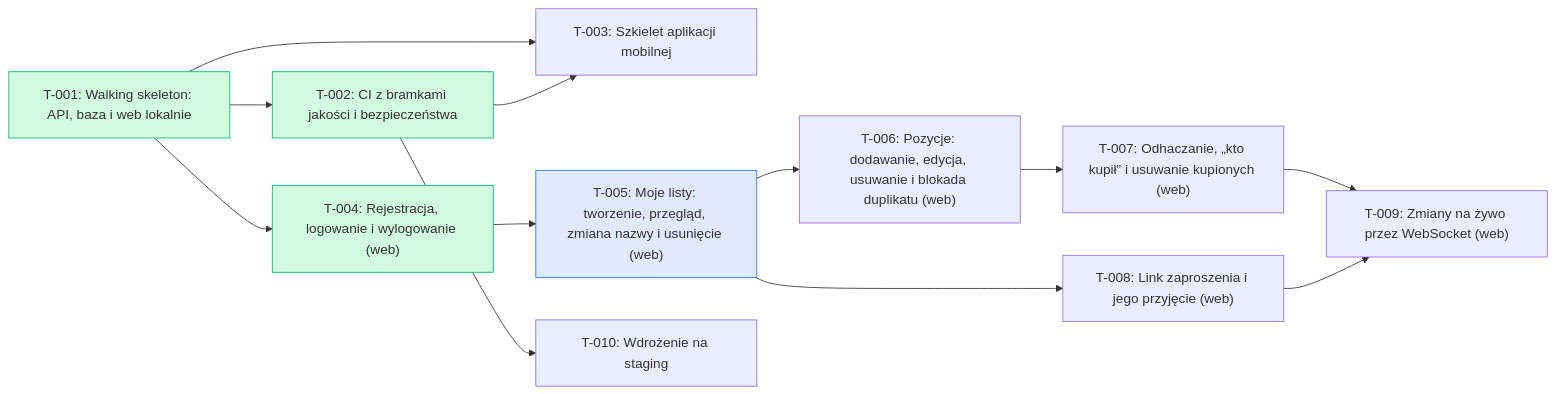
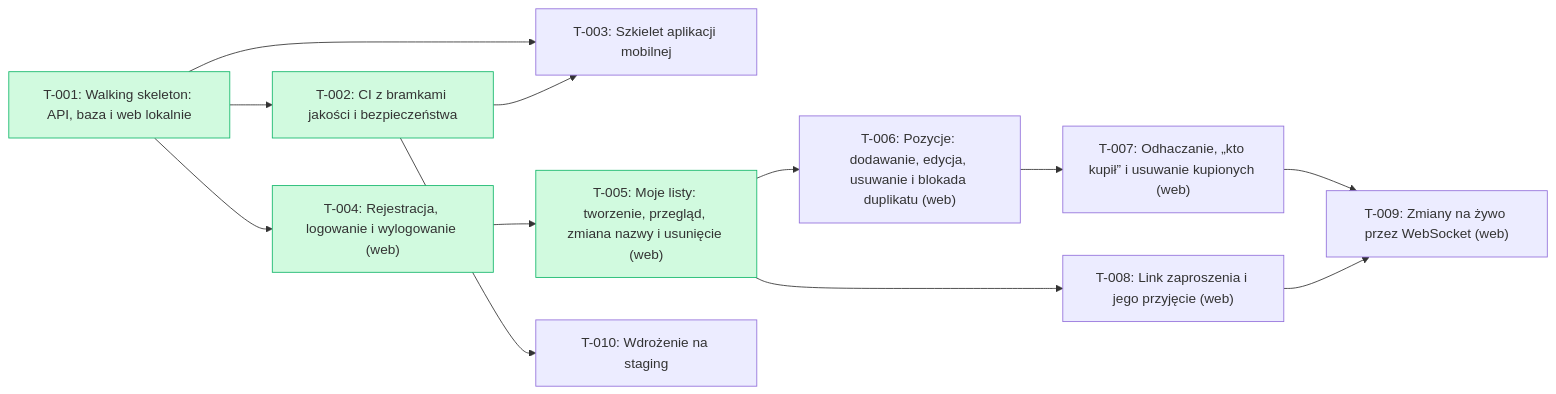
Before and after one commit to tombraz/lista-zakupow: the diagram in docs/backlog/index.md, drawn with Mermaid. The commit also changed other lines of this file and 2 other files, not shown here.

````diff
--- a/docs/backlog/index.md
+++ b/docs/backlog/index.md
@@ -18,28 +20,28 @@
 ```mermaid
 flowchart LR
   T_001["T-001: Walking skeleton: API, baza i web lokalnie"]:::done
   T_002["T-002: CI z bramkami jakości i bezpieczeństwa"]:::done
   T_003["T-003: Szkielet aplikacji mobilnej"]
   T_004["T-004: Rejestracja, logowanie i wylogowanie (web)"]:::done
-  T_005["T-005: Moje listy: tworzenie, przegląd, zmiana nazwy i usunięcie (web)"]:::qa
+  T_005["T-005: Moje listy: tworzenie, przegląd, zmiana nazwy i usunięcie (web)"]:::done
   T_006["T-006: Pozycje: dodawanie, edycja, usuwanie i blokada duplikatu (web)"]
   T_007["T-007: Odhaczanie, „kto kupił” i usuwanie kupionych (web)"]
   T_008["T-008: Link zaproszenia i jego przyjęcie (web)"]
   T_009["T-009: Zmiany na żywo przez WebSocket (web)"]
   T_010["T-010: Wdrożenie na staging"]
   T_001 --> T_002
   T_001 --> T_003
   T_002 --> T_003
   T_001 --> T_004
   T_004 --> T_005
   T_005 --> T_006
   T_006 --> T_007
   T_005 --> T_008
   T_007 --> T_009
   T_008 --> T_009
   T_002 --> T_010
   classDef done fill:#d1fadf,stroke:#12b76a
   classDef wip fill:#fef0c7,stroke:#f79009
   classDef qa fill:#e0eaff,stroke:#2970ff
   classDef blocked fill:#fee4e2,stroke:#f04438
 ```
````
